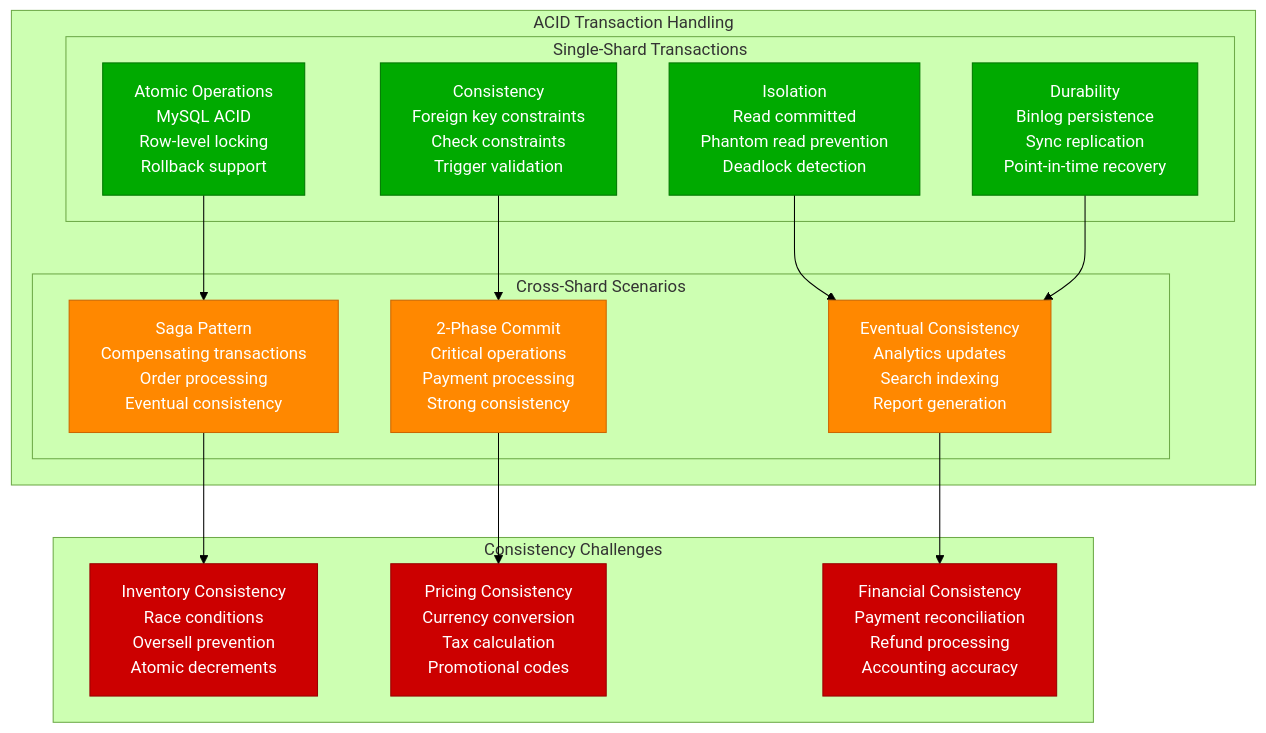
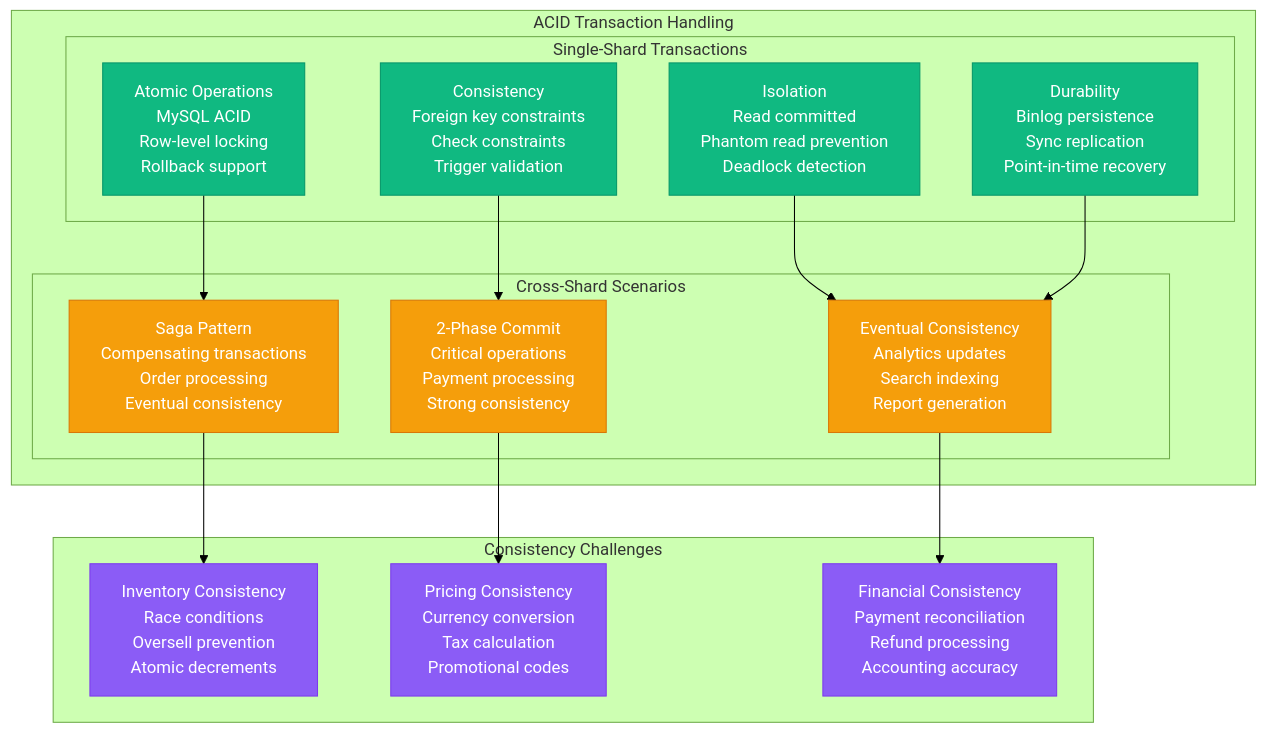
Before and after one commit to deepaucksharma/DS: the seventh of 8 diagrams in site/docs/systems/shopify/storage-architecture.md, drawn with Mermaid (forest theme). The commit also changed other lines of this file and 303 other files, not shown here.

````diff
--- a/site/docs/systems/shopify/storage-architecture.md
+++ b/site/docs/systems/shopify/storage-architecture.md
@@ -378,44 +378,44 @@
 ```mermaid
 graph TB
     subgraph "ACID Transaction Handling"
         subgraph "Single-Shard Transactions"
             ATOMIC[Atomic Operations<br/>MySQL ACID<br/>Row-level locking<br/>Rollback support]
             CONSISTENT[Consistency<br/>Foreign key constraints<br/>Check constraints<br/>Trigger validation]
             ISOLATED[Isolation<br/>Read committed<br/>Phantom read prevention<br/>Deadlock detection]
             DURABLE[Durability<br/>Binlog persistence<br/>Sync replication<br/>Point-in-time recovery]
         end
 
         subgraph "Cross-Shard Scenarios"
             SAGA[Saga Pattern<br/>Compensating transactions<br/>Order processing<br/>Eventual consistency]
             TWO_PHASE[2-Phase Commit<br/>Critical operations<br/>Payment processing<br/>Strong consistency]
             EVENTUAL[Eventual Consistency<br/>Analytics updates<br/>Search indexing<br/>Report generation]
         end
     end
 
     %% Transaction relationships
     ATOMIC --> SAGA
     CONSISTENT --> TWO_PHASE
     ISOLATED --> EVENTUAL
     DURABLE --> EVENTUAL
 
     subgraph "Consistency Challenges"
         INVENTORY[Inventory Consistency<br/>Race conditions<br/>Oversell prevention<br/>Atomic decrements]
 
         PRICING[Pricing Consistency<br/>Currency conversion<br/>Tax calculation<br/>Promotional codes]
 
         FINANCIAL[Financial Consistency<br/>Payment reconciliation<br/>Refund processing<br/>Accounting accuracy]
     end
 
     SAGA --> INVENTORY
     TWO_PHASE --> PRICING
     EVENTUAL --> FINANCIAL
 
     %% Apply consistency colors
-    classDef acidStyle fill:#00AA00,stroke:#007700,color:#fff
-    classDef crossShardStyle fill:#FF8800,stroke:#CC6600,color:#fff
-    classDef challengeStyle fill:#CC0000,stroke:#990000,color:#fff
+    classDef acidStyle fill:#10B981,stroke:#059669,color:#fff
+    classDef crossShardStyle fill:#F59E0B,stroke:#D97706,color:#fff
+    classDef challengeStyle fill:#8B5CF6,stroke:#7C3AED,color:#fff
 
     class ATOMIC,CONSISTENT,ISOLATED,DURABLE acidStyle
     class SAGA,TWO_PHASE,EVENTUAL crossShardStyle
     class INVENTORY,PRICING,FINANCIAL challengeStyle
 ```
````
